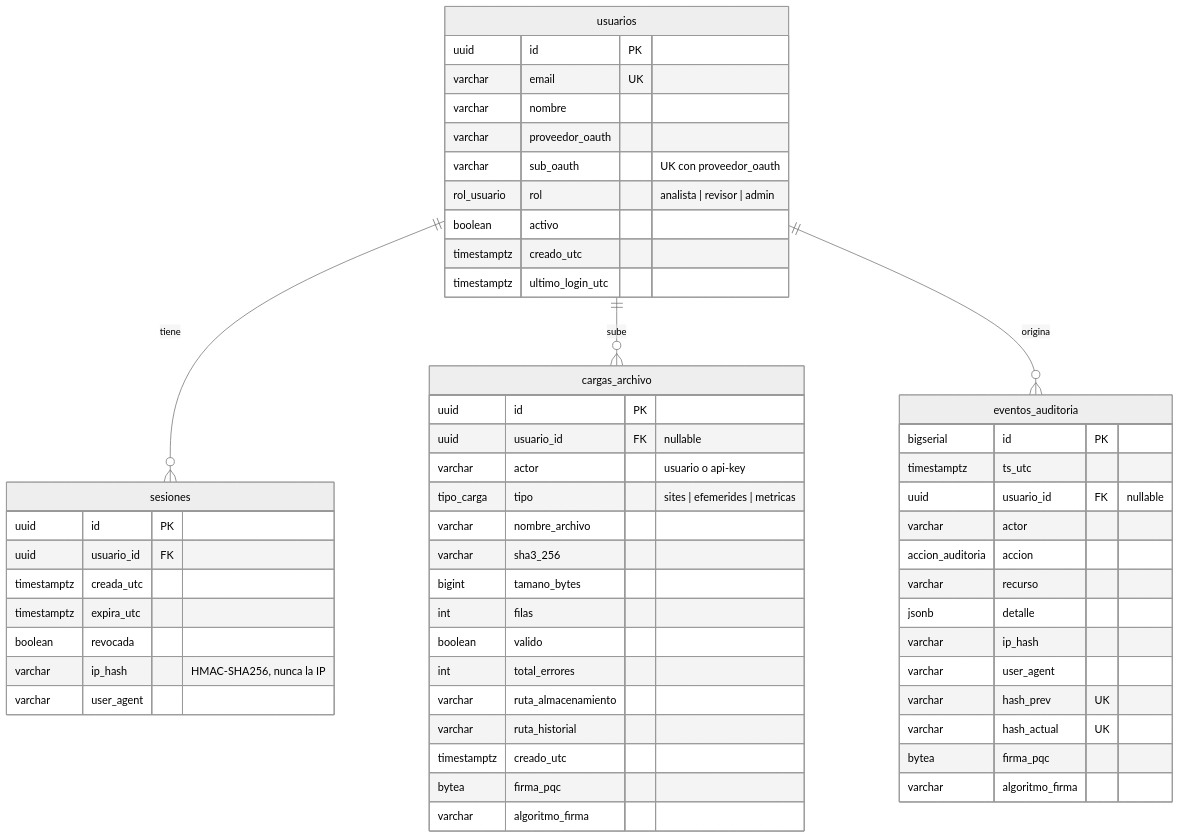
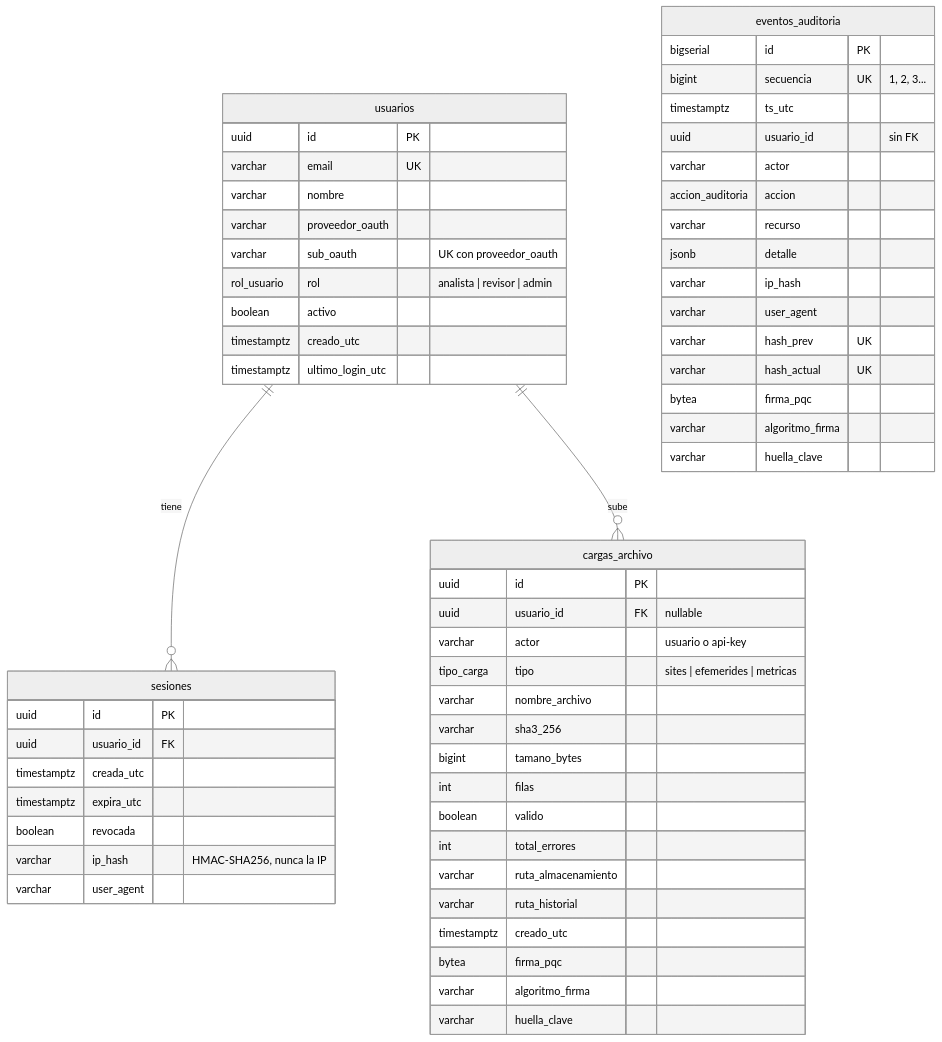
The diagram in docs/bd/modelo-datos.md (ACHAVESTA-Git/ApogeoNavigator-Backend), drawn with Mermaid (neutral theme) before and after one commit. The commit also changed other lines of this file, not shown here.

````diff
--- a/docs/bd/modelo-datos.md
+++ b/docs/bd/modelo-datos.md
@@ -9,59 +11,61 @@
 ```mermaid
 erDiagram
     usuarios ||--o{ sesiones : "tiene"
     usuarios ||--o{ cargas_archivo : "sube"
-    usuarios ||--o{ eventos_auditoria : "origina"
 
     usuarios {
         uuid id PK
         varchar email UK
         varchar nombre
         varchar proveedor_oauth
         varchar sub_oauth "UK con proveedor_oauth"
         rol_usuario rol "analista | revisor | admin"
         boolean activo
         timestamptz creado_utc
         timestamptz ultimo_login_utc
     }
     sesiones {
         uuid id PK
         uuid usuario_id FK
         timestamptz creada_utc
         timestamptz expira_utc
         boolean revocada
         varchar ip_hash "HMAC-SHA256, nunca la IP"
         varchar user_agent
     }
     cargas_archivo {
         uuid id PK
         uuid usuario_id FK "nullable"
         varchar actor "usuario o api-key"
         tipo_carga tipo "sites | efemerides | metricas"
         varchar nombre_archivo
         varchar sha3_256
         bigint tamano_bytes
         int filas
         boolean valido
         int total_errores
         varchar ruta_almacenamiento
         varchar ruta_historial
         timestamptz creado_utc
         bytea firma_pqc
         varchar algoritmo_firma
+        varchar huella_clave
     }
     eventos_auditoria {
         bigserial id PK
+        bigint secuencia UK "1, 2, 3..."
         timestamptz ts_utc
-        uuid usuario_id FK "nullable"
+        uuid usuario_id "sin FK"
         varchar actor
         accion_auditoria accion
         varchar recurso
         jsonb detalle
         varchar ip_hash
         varchar user_agent
         varchar hash_prev UK
         varchar hash_actual UK
         bytea firma_pqc
         varchar algoritmo_firma
+        varchar huella_clave
     }
 ```
````
